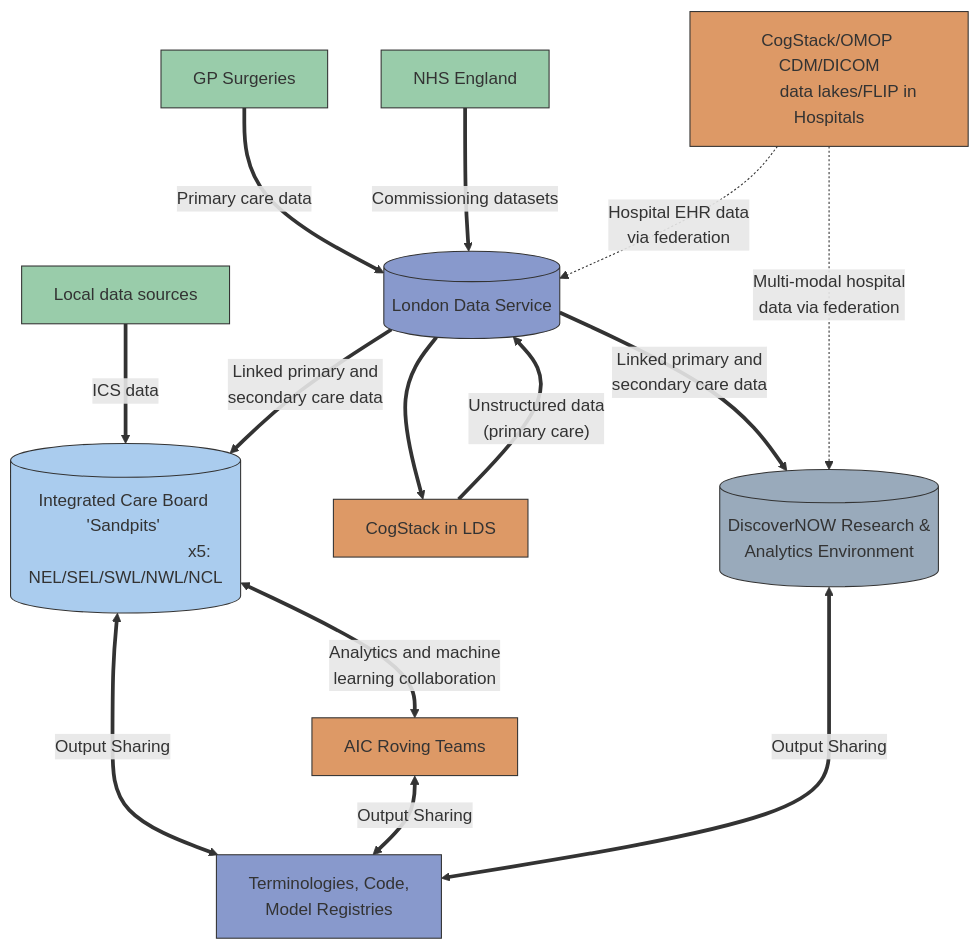
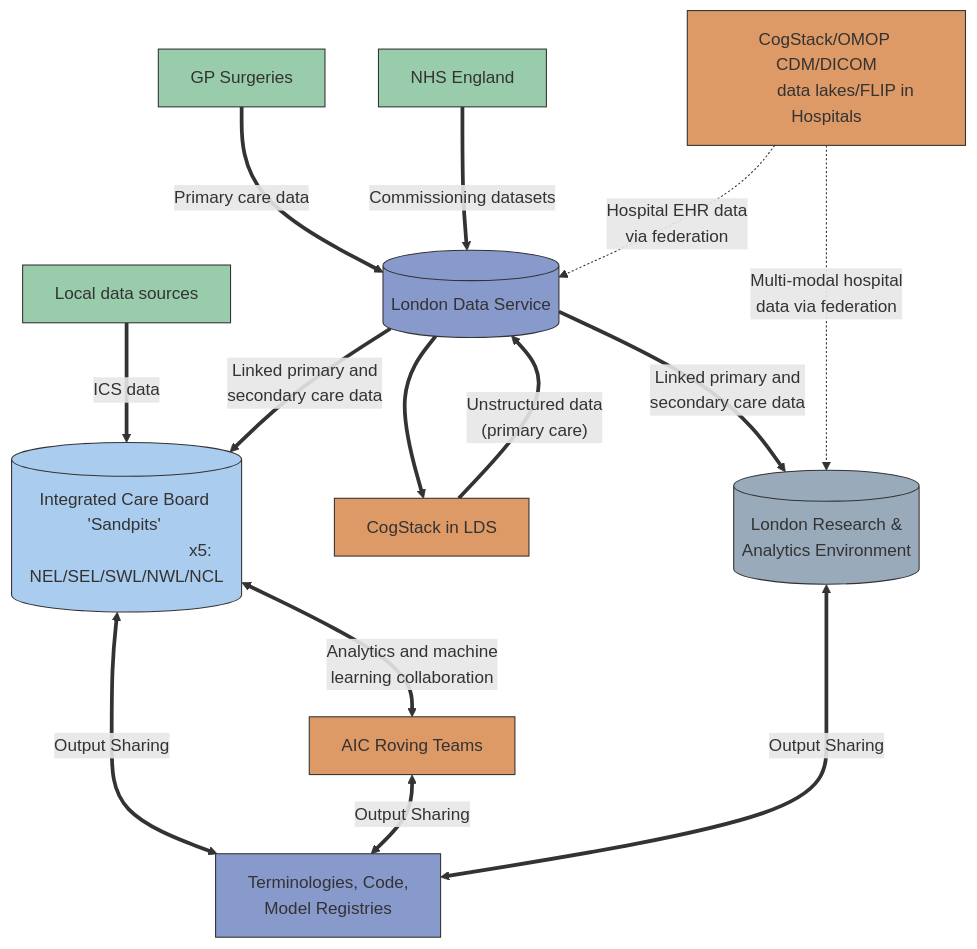
One commit to d3london/sde-aic changed the diagram in src/overview/0_sde.qmd. Above: the diagram before and after it, drawn with Mermaid. The commit also changed other lines of this file, not shown here.

````diff
--- a/src/overview/0_sde.qmd
+++ b/src/overview/0_sde.qmd
@@ -22,50 +22,50 @@
 ```{mermaid}
 %%| fig-width: 6
 %%| label: fig-sde-summary
 %%| fig-cap: "Summary of London Secure Data Environment (SDE) components and data flows. Each London Integrated Care Board (ICB) is provisioned with its own data/analytics environment through the London Data Service (LDS). AIC = AI Centre; FLIP = Federated Learning and Interoperability Platform; OMOP CDM = Observational Medical Outcomes Partnership Common Data Model; DICOM = Digital Imaging and Communications in Medicine. London AI Centre components are in orange."
 flowchart TD
 
     d1[GP Surgeries] ==>|Primary care data| LDS1[(London Data Service)]
     d2[NHS England] ==>|Commissioning datasets| LDS1
     d3[Local data sources] ==>|ICS data| ICB
 
     LDS1==> AIC1a["CogStack in LDS"]
     AIC1a==>|"Unstructured data 
                 (primary care)"| LDS1
     LDS1 ==>|"Linked primary and
-            secondary care data"| NWL1[("DiscoverNOW Research & 
+            secondary care data"| NWL1[("London Research & 
                                 Analytics Environment")]
 
     AIC2["CogStack/OMOP CDM/DICOM
          data lakes/FLIP in Hospitals"]-.->|"Multi-modal hospital 
                                 data via federation"|NWL1
     AIC2 -.-> |"Hospital EHR data
                 via federation"| LDS1
     LDS1 ==>|"Linked primary and
             secondary care data"| ICB[("Integrated Care Board 'Sandpits' 
                                 x5: NEL/SEL/SWL/NWL/NCL")]
 
     ICB <==>|"Analytics and machine 
             learning collaboration"| AIC3[AIC Roving Teams]
     ICB <==>|Output Sharing| LDS2["Terminologies, Code, 
                                    Model Registries"]
     AIC3 <==>|Output Sharing| LDS2
     NWL1 <==>|Output Sharing| LDS2
 
     classDef green fill:#ab9, stroke:#333, stroke-width:1px
     classDef blue fill:#89c, stroke:#333, stroke-width:1px
     classDef bluegreen fill:#9ca, stroke:#333, stroke-width:1px
     classDef lightblue fill:#ace, stroke:#333, stroke-width:1px
     classDef red fill:#c89, stroke:#333, stroke-width:1px
     classDef lightorange fill:#ca8, stroke:#333, stroke-width:1px
     classDef orange fill:#d96, stroke:#333, stroke-width:1px
     classDef purple fill:#a9c, stroke:#333, stroke-width:1px
     classDef bluegray fill:#9ab, stroke:#333, stroke-width:1px
     classDef gray fill:#fff, stroke:#333, stroke-width:1px
 
     class LDS1,LDS2 blue
     class ICB lightblue
     class AIC1,AIC1a,AIC2,AIC3 orange
     class NWL1,NWL2 bluegray
     class d1,d2,d3 bluegreen
 ```
````
